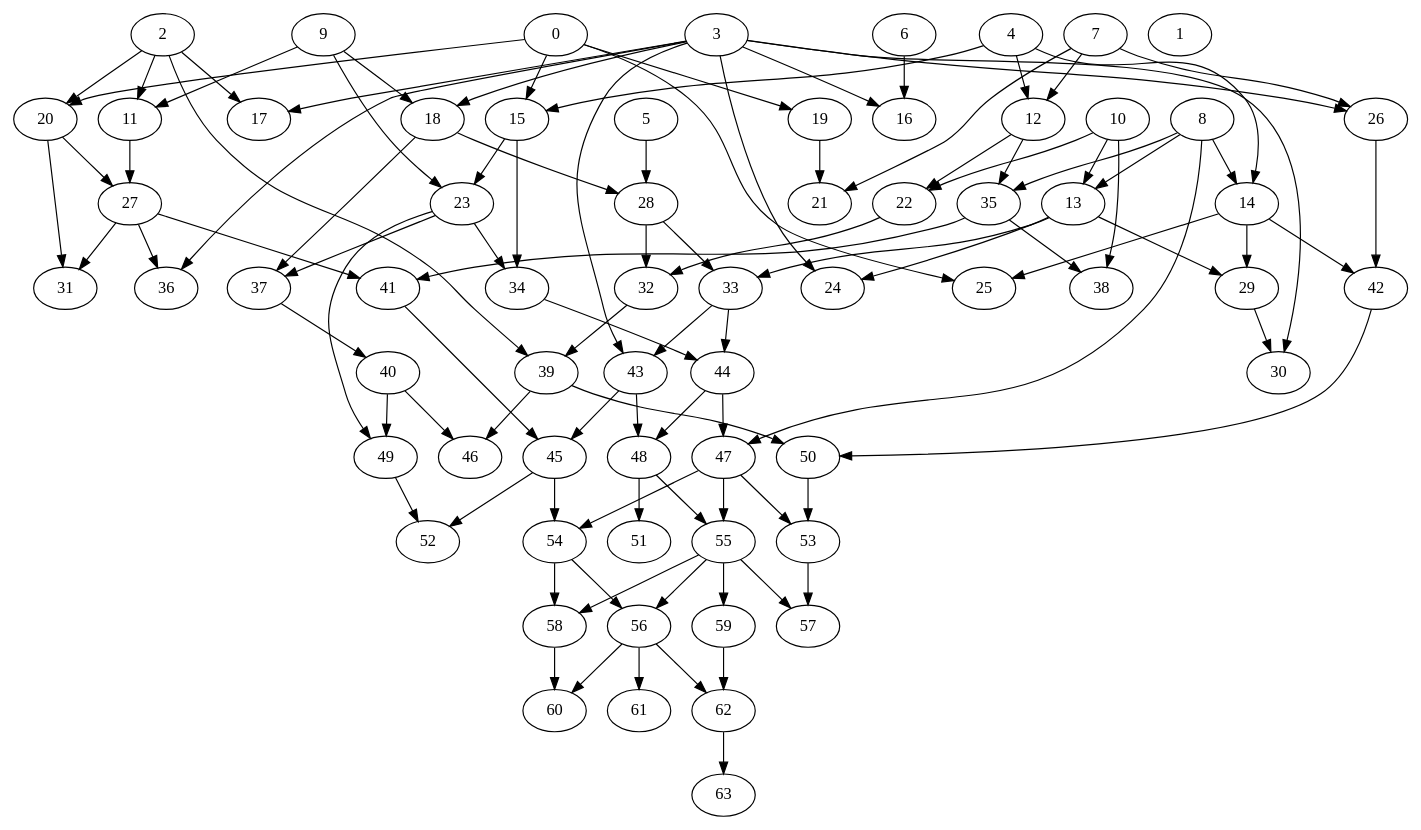
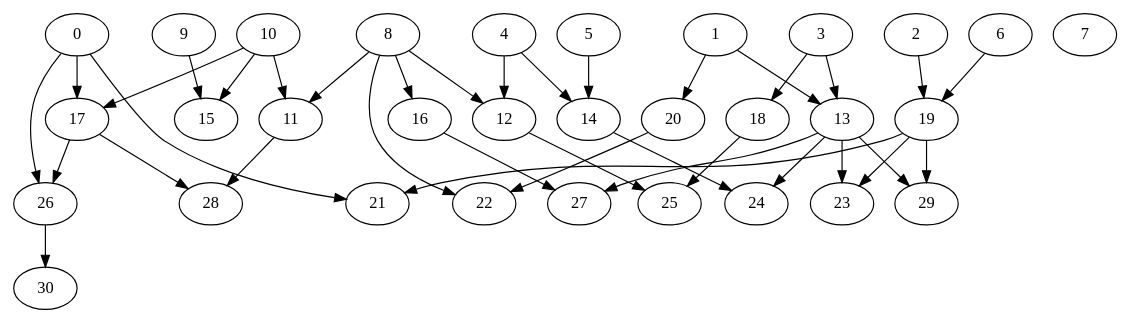
Before and after one commit to Ajax12345/protestGP: the diagram in test.dot, drawn with Graphviz. The commit also changed 5 other files, not shown here.

```diff
--- a/test.dot
+++ b/test.dot
@@ -1,166 +1,69 @@
 strict digraph "" {
 	0	[layer=1];
-	15	[layer=2];
-	0 -> 15;
+	17	[layer=2];
+	0 -> 17;
+	21	[layer=3];
+	0 -> 21;
+	26	[layer=3];
+	0 -> 26;
+	1	[layer=1];
+	13	[layer=2];
+	1 -> 13;
+	20	[layer=2];
+	1 -> 20;
+	2	[layer=1];
 	19	[layer=2];
-	0 -> 19;
-	20	[layer=2];
-	0 -> 20;
-	25	[layer=3];
-	0 -> 25;
-	1	[layer=1];
-	2	[layer=1];
-	11	[layer=2];
-	2 -> 11;
-	17	[layer=2];
-	2 -> 17;
-	2 -> 20;
-	39	[layer=5];
-	2 -> 39;
+	2 -> 19;
 	3	[layer=1];
-	16	[layer=2];
-	3 -> 16;
-	3 -> 17;
+	3 -> 13;
 	18	[layer=2];
 	3 -> 18;
-	26	[layer=2];
-	3 -> 26;
-	24	[layer=3];
-	3 -> 24;
-	30	[layer=4];
-	3 -> 30;
-	36	[layer=4];
-	3 -> 36;
-	43	[layer=5];
-	3 -> 43;
 	4	[layer=1];
 	12	[layer=2];
 	4 -> 12;
 	14	[layer=2];
 	4 -> 14;
-	4 -> 15;
 	5	[layer=1];
+	5 -> 14;
+	6	[layer=1];
+	6 -> 19;
+	7	[layer=1];
+	8	[layer=1];
+	11	[layer=2];
+	8 -> 11;
+	8 -> 12;
+	16	[layer=2];
+	8 -> 16;
+	22	[layer=3];
+	8 -> 22;
+	9	[layer=1];
+	15	[layer=2];
+	9 -> 15;
+	10	[layer=1];
+	10 -> 11;
+	10 -> 15;
+	10 -> 17;
 	28	[layer=3];
-	5 -> 28;
-	6	[layer=1];
-	6 -> 16;
-	7	[layer=1];
-	7 -> 12;
-	7 -> 26;
-	21	[layer=3];
-	7 -> 21;
-	8	[layer=1];
-	13	[layer=2];
-	8 -> 13;
-	8 -> 14;
-	35	[layer=3];
-	8 -> 35;
-	47	[layer=6];
-	8 -> 47;
-	9	[layer=1];
-	9 -> 11;
-	9 -> 18;
+	11 -> 28;
+	25	[layer=3];
+	12 -> 25;
 	23	[layer=3];
-	9 -> 23;
-	10	[layer=1];
-	10 -> 13;
-	22	[layer=3];
-	10 -> 22;
-	38	[layer=4];
-	10 -> 38;
+	13 -> 23;
+	24	[layer=3];
+	13 -> 24;
 	27	[layer=3];
-	11 -> 27;
-	12 -> 22;
-	12 -> 35;
-	13 -> 24;
+	13 -> 27;
 	29	[layer=3];
 	13 -> 29;
-	33	[layer=4];
-	13 -> 33;
-	14 -> 25;
-	14 -> 29;
-	42	[layer=3];
-	14 -> 42;
-	15 -> 23;
-	34	[layer=4];
-	15 -> 34;
-	18 -> 28;
-	37	[layer=4];
-	18 -> 37;
+	14 -> 24;
+	16 -> 27;
+	17 -> 26;
+	17 -> 28;
+	18 -> 25;
 	19 -> 21;
-	20 -> 27;
-	31	[layer=4];
-	20 -> 31;
-	26 -> 42;
-	32	[layer=4];
-	22 -> 32;
-	23 -> 34;
-	23 -> 37;
-	49	[layer=6];
-	23 -> 49;
-	27 -> 31;
-	27 -> 36;
-	41	[layer=4];
-	27 -> 41;
-	28 -> 32;
-	28 -> 33;
-	29 -> 30;
-	35 -> 38;
-	35 -> 41;
-	50	[layer=6];
-	42 -> 50;
-	32 -> 39;
-	33 -> 43;
-	44	[layer=5];
-	33 -> 44;
-	34 -> 44;
-	40	[layer=5];
-	37 -> 40;
-	45	[layer=6];
-	41 -> 45;
-	46	[layer=6];
-	39 -> 46;
-	39 -> 50;
-	40 -> 46;
-	40 -> 49;
-	43 -> 45;
-	48	[layer=6];
-	43 -> 48;
-	44 -> 47;
-	44 -> 48;
-	52	[layer=7];
-	45 -> 52;
-	54	[layer=7];
-	45 -> 54;
-	53	[layer=7];
-	47 -> 53;
-	47 -> 54;
-	55	[layer=7];
-	47 -> 55;
-	51	[layer=7];
-	48 -> 51;
-	48 -> 55;
-	49 -> 52;
-	50 -> 53;
-	57	[layer=8];
-	53 -> 57;
-	56	[layer=8];
-	54 -> 56;
-	58	[layer=8];
-	54 -> 58;
-	55 -> 56;
-	55 -> 57;
-	55 -> 58;
-	59	[layer=8];
-	55 -> 59;
-	60	[layer=9];
-	56 -> 60;
-	61	[layer=9];
-	56 -> 61;
-	62	[layer=9];
-	56 -> 62;
-	58 -> 60;
-	59 -> 62;
-	63	[layer=10];
-	62 -> 63;
+	19 -> 23;
+	19 -> 29;
+	20 -> 22;
+	30	[layer=4];
+	26 -> 30;
 }
```
